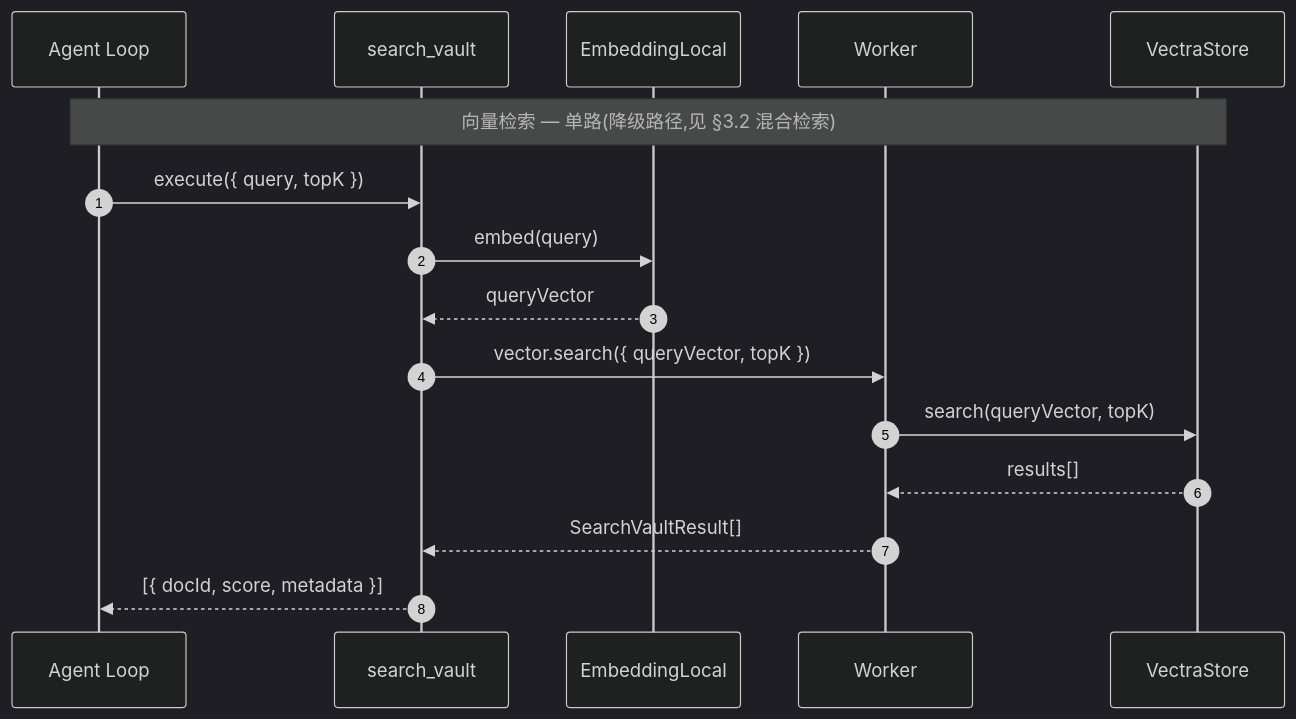
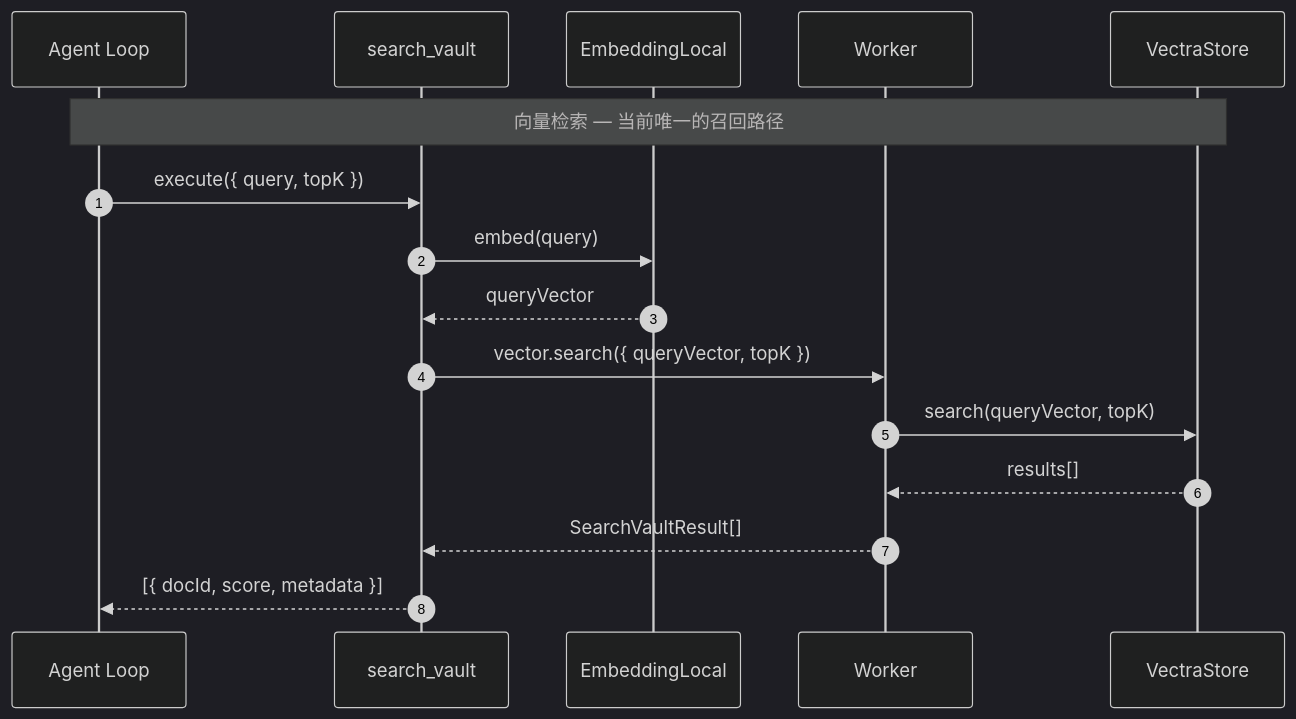
Before and after one commit to golddream-y/obsidian-ratel: the first of 4 diagrams in docs/architecture/rag/retriever.md, drawn with Mermaid (dark theme). The commit also changed other lines of this file and 10 other files, not shown here.

````diff
--- a/docs/architecture/rag/retriever.md
+++ b/docs/architecture/rag/retriever.md
@@ -64,20 +65,20 @@
 ```mermaid
 sequenceDiagram
     autonumber
     participant AL as Agent Loop
     participant SV as search_vault
     participant EL as EmbeddingLocal
     participant WP as Worker
     participant VS as VectraStore
 
-    Note over AL,VS: 向量检索 — 单路(降级路径,见 §3.2 混合检索)
+    Note over AL,VS: 向量检索 — 当前唯一的召回路径
 
     AL->>SV: execute({ query, topK })
     SV->>EL: embed(query)
     EL-->>SV: queryVector
     SV->>WP: vector.search({ queryVector, topK })
     WP->>VS: search(queryVector, topK)
     VS-->>WP: results[]
     WP-->>SV: SearchVaultResult[]
     SV-->>AL: [{ docId, score, metadata }]
 ```
````
